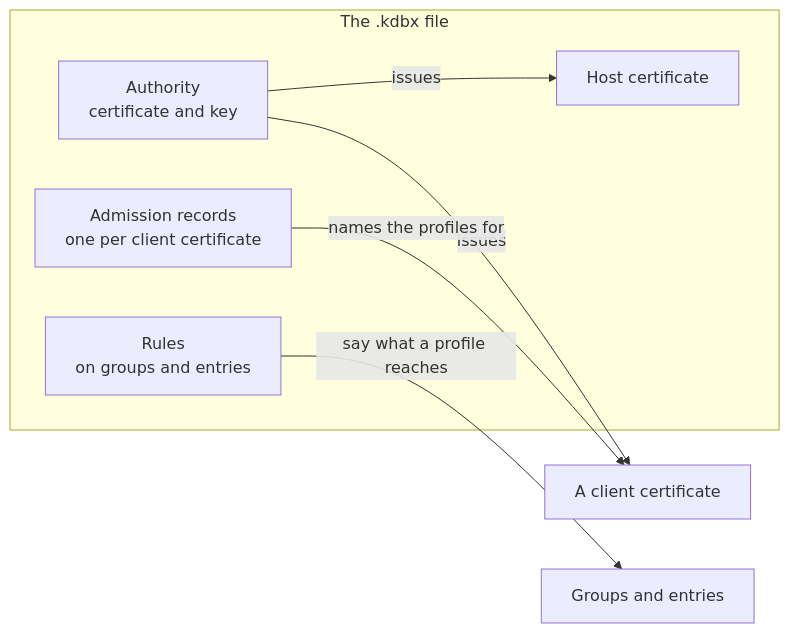
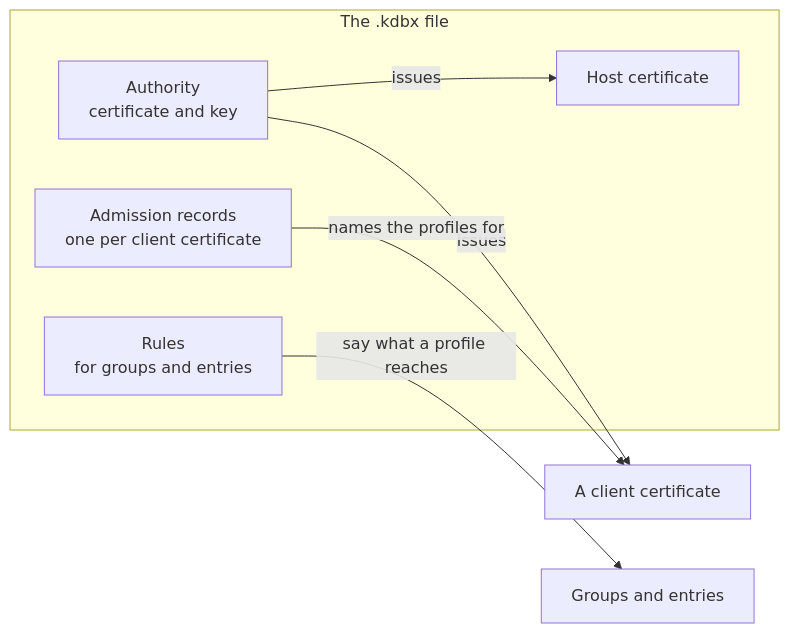
Before and after one commit to mfrnd/KeePassGate: the second of 3 diagrams in docs/architecture.md, drawn with Mermaid. The commit also changed other lines of this file and 6 other files, not shown here.

````diff
--- a/docs/architecture.md
+++ b/docs/architecture.md
@@ -57,14 +57,14 @@
 ```mermaid
 flowchart LR
     subgraph kdbx["The .kdbx file"]
         ca["Authority<br/>certificate and key"]
         host["Host certificate"]
         records["Admission records<br/>one per client certificate"]
-        rules["Rules<br/>on groups and entries"]
+        rules["Rules<br/>for groups and entries"]
     end
 
     ca -->|issues| host
     ca -->|issues| clientCertificate["A client certificate"]
     records -->|names the profiles for| clientCertificate
     rules -->|say what a profile reaches| tree["Groups and entries"]
 ```
````
